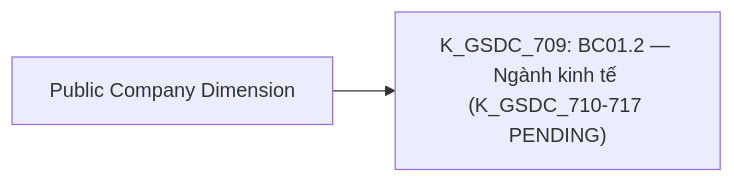
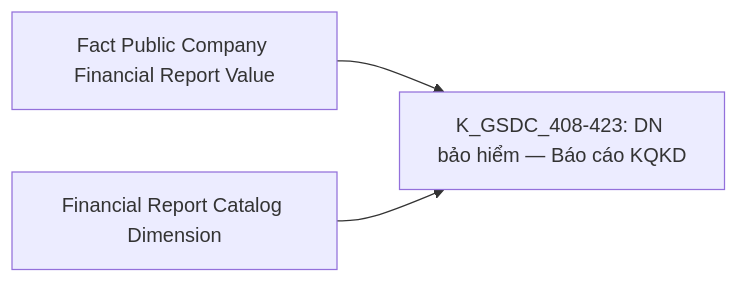
Before and after one commit to linhlvit/ubck_atomic_design: diagram 28 of 40 in Datamart/hld/DTM_GSDC_HLD.md, drawn with Mermaid. The commit also changed other lines of this file and 3 other files, not shown here.

````diff
--- a/Datamart/hld/DTM_GSDC_HLD.md
+++ b/Datamart/hld/DTM_GSDC_HLD.md
@@ -2133,4 +1773,5 @@
 ```mermaid
 flowchart LR
-    public_company_dim["Public Company Dimension"] --> R39["K_GSDC_709: BC01.2 — Ngành kinh tế (K_GSDC_710-717 PENDING)"]
+    fct_pc_fr_val_g24["Fact Public Company Financial Report Value"] --> R24["K_GSDC_408-423: DN bảo hiểm — Báo cáo KQKD"]
+    financial_rpt_catalog_dim_g24["Financial Report Catalog Dimension"] --> R24
 ```
````
